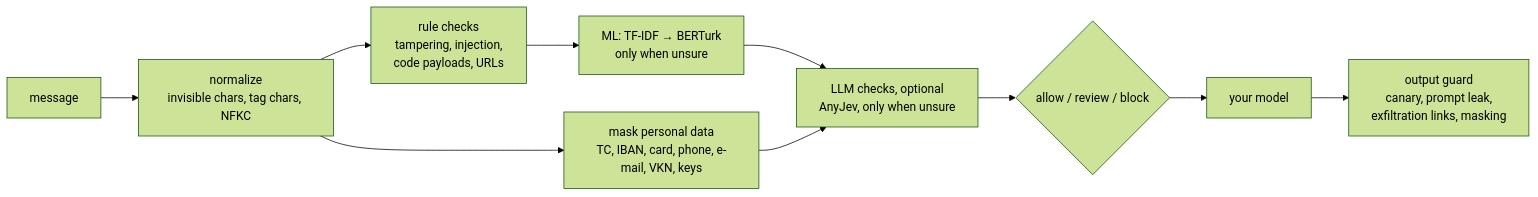
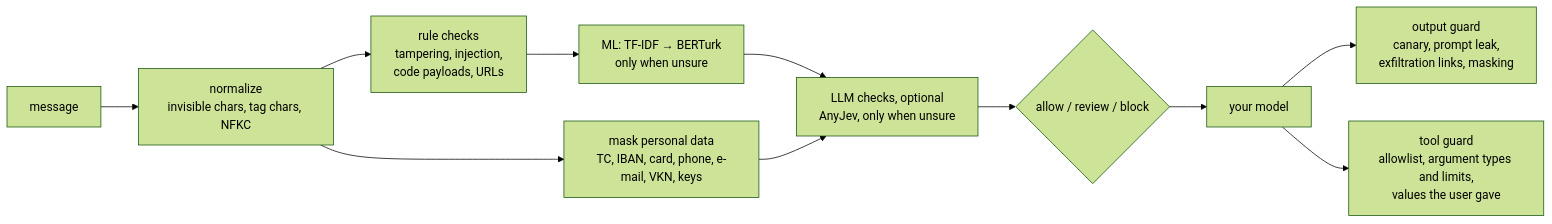
Before and after one commit to efronh/sieve: the diagram in README.md, drawn with Mermaid (forest theme). The commit also changed other lines of this file and 10 other files, not shown here.

````diff
--- a/README.md
+++ b/README.md
@@ -47,11 +47,12 @@
 ```mermaid
 flowchart LR
     A[message] --> N[normalize<br/>invisible chars, tag chars, NFKC]
     N --> M[mask personal data<br/>TC, IBAN, card, phone, e-mail, VKN, keys]
     N --> C[rule checks<br/>tampering, injection,<br/>code payloads, URLs]
     C --> ML[ML: TF-IDF → BERTurk<br/>only when unsure]
     ML --> L[LLM checks, optional<br/>AnyJev, only when unsure]
     M --> L
     L --> R{allow / review / block}
     R --> LLM[your model] --> O[output guard<br/>canary, prompt leak,<br/>exfiltration links, masking]
+    LLM --> T[tool guard<br/>allowlist, argument types and limits,<br/>values the user gave]
 ```
````
